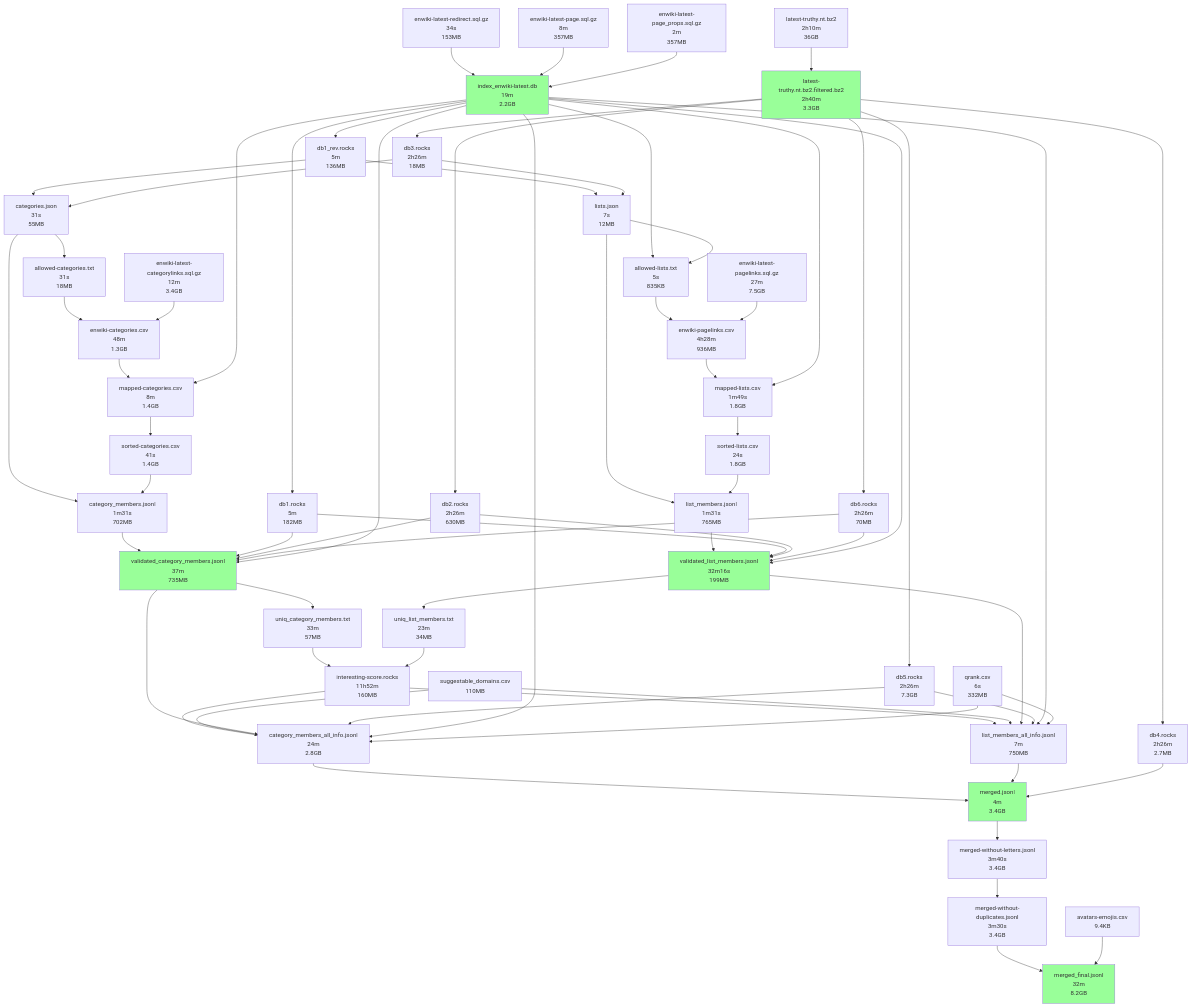
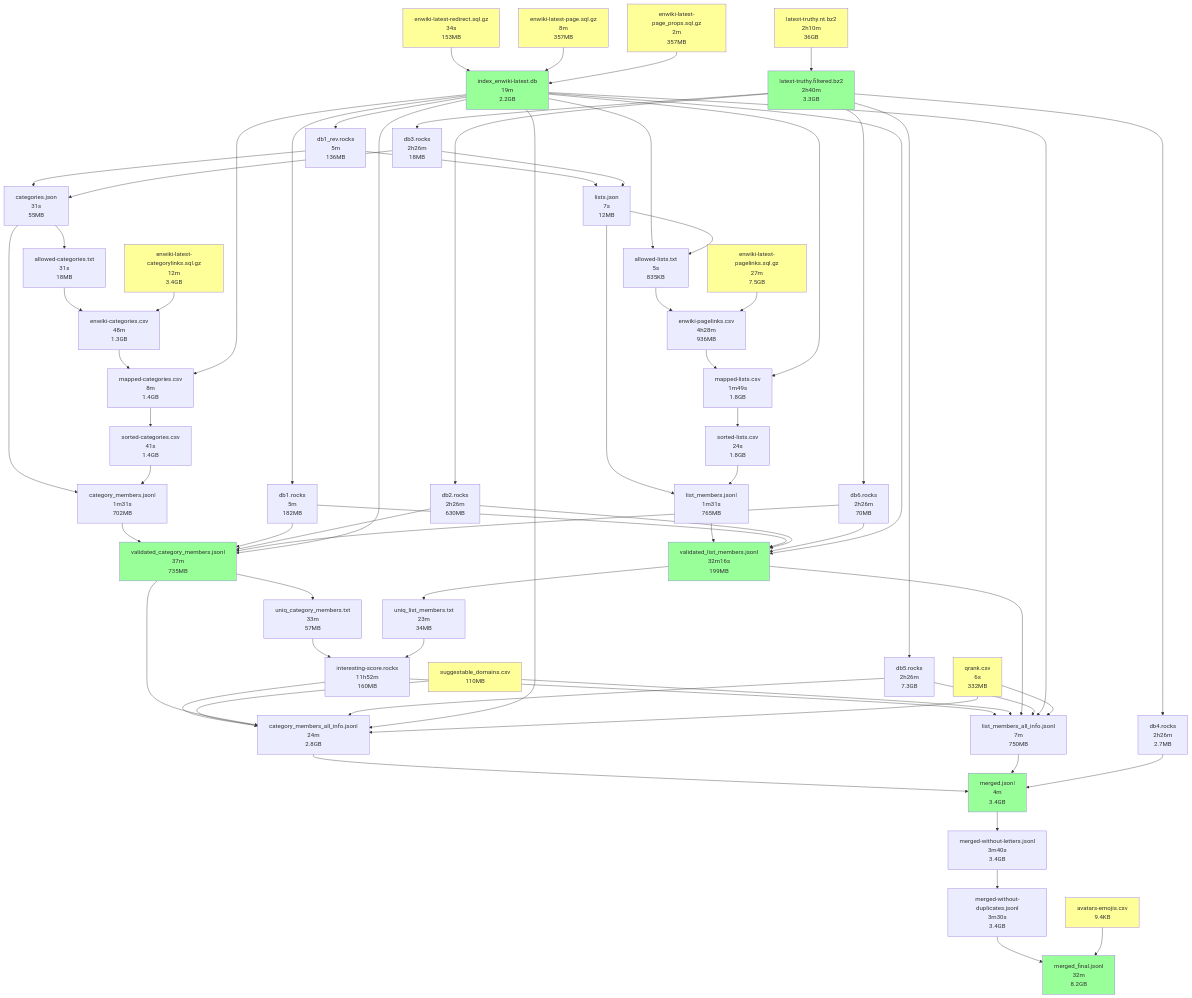
One commit to namehash/namegraph-collections changed the diagram in airflow/readme-airflow.md. Above: the diagram before and after it, drawn with Mermaid. The commit also changed 6 other files, not shown here.

```diff
--- a/airflow/readme-airflow.md
+++ b/airflow/readme-airflow.md
@@ -21,9 +21,12 @@
     n16["db1_rev.rocks\n5m\n136MB"]
     n19["db3.rocks\n2h26m\n18MB"]
     n28["enwiki-latest-categorylinks.sql.gz\n12m\n3.4GB"]
+    style n28 fill:#ff9
     n13["enwiki-latest-pagelinks.sql.gz\n27m\n7.5GB"]
+    style n13 fill:#ff9
     n27["enwiki-categories.csv\n48m\n1.3GB"]
     n21["enwiki-latest-redirect.sql.gz\n34s\n153MB"]
+    style n21 fill:#ff9
     n12["enwiki-pagelinks.csv\n4h28m\n936MB"]
     n20["index_enwiki-latest.db\n19m\n2.2GB"]
     style n20 fill:#9f9
@@ -41,21 +44,27 @@
     n25["sorted-categories.csv\n41s\n1.4GB"]
     n10["sorted-lists.csv\n24s\n1.8GB"]
     n32["suggestable_domains.csv\n110MB"]
+    style n32 fill:#ff9
     n23["validated_category_members.jsonl\n37m\n735MB"]
     style n23 fill:#9f9
     n8["validated_list_members.jsonl\n32m16s\n199MB"]
     style n8 fill:#9f9
     n34["latest-truthy.nt.bz2\n2h10m\n36GB"]
-    n35["latest-truthy.nt.bz2.filtered.bz2\n2h40m\n3.3GB"]
+    style n34 fill:#ff9
+    n35["latest-truthy.filtered.bz2\n2h40m\n3.3GB"]
     style n35 fill:#9f9
     n37["enwiki-latest-page_props.sql.gz\n2m\n357MB"]
+    style n37 fill:#ff9
     n38["enwiki-latest-page.sql.gz\n8m\n357MB"]
+    style n38 fill:#ff9
     n39["qrank.csv\n6s\n332MB"]
+    style n39 fill:#ff9
     n40["db2.rocks\n2h26m\n630MB"]
     n41["db4.rocks\n2h26m\n2.7MB"]
     n42["db5.rocks\n2h26m\n7.3GB"]
     n43["db6.rocks\n2h26m\n70MB"]
     n44["avatars-emojis.csv\n9.4KB"]
+    style n44 fill:#ff9
     n45["uniq_category_members.txt\n33m\n57MB"]
     n46["uniq_list_members.txt\n23m\n34MB"]
     n31 --> n33
```
